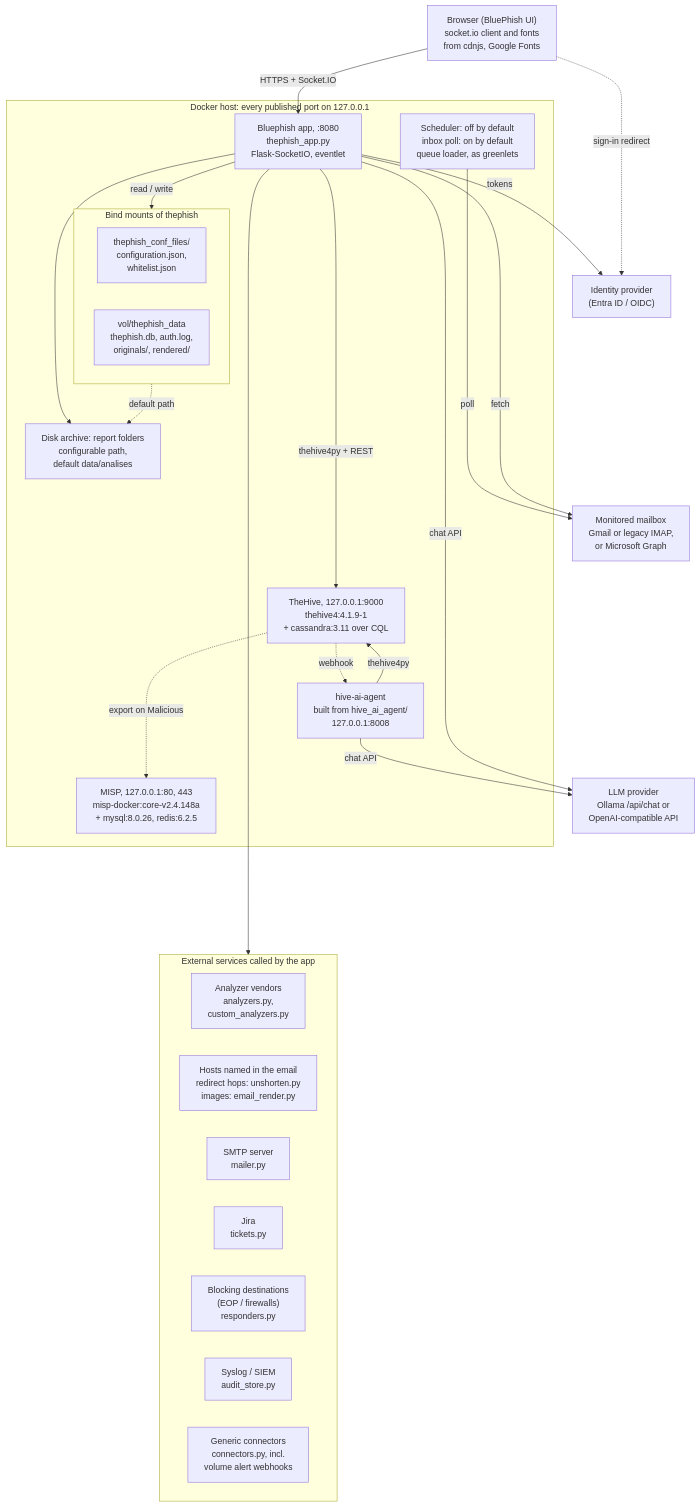
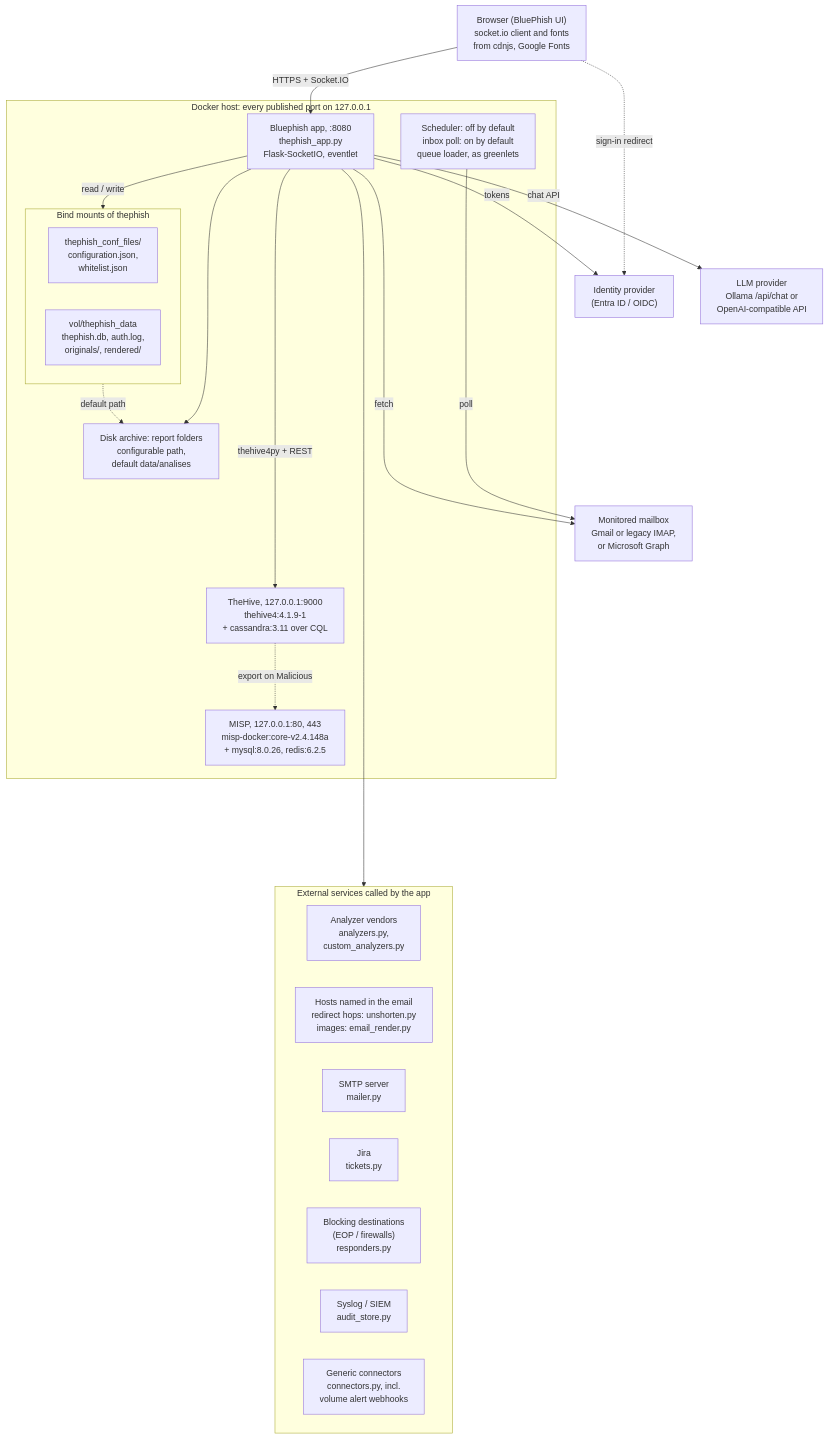
The second of 16 diagrams in diagrams.md (zalvs/Bluephish), drawn with Mermaid before and after one commit. The commit also changed other lines of this file and 41 other files, not shown here.

Commit message:
docs: documentação em português por padrão, inglês opt-in; remove Hive AI Agent; adiciona dúvidas gerais

````diff
--- a/diagrams.md
+++ b/diagrams.md
@@ -153,46 +153,42 @@
 ```mermaid
 flowchart TD
     U["Browser (BluePhish UI)<br/>socket.io client and fonts<br/>from cdnjs, Google Fonts"]
     IDP["Identity provider<br/>(Entra ID / OIDC)"]
     subgraph HOST["Docker host: every published port on 127.0.0.1"]
         TP["Bluephish app, :8080<br/>thephish_app.py<br/>Flask-SocketIO, eventlet"]
         SCH["Scheduler: off by default<br/>inbox poll: on by default<br/>queue loader, as greenlets"]
         subgraph MOUNTS["Bind mounts of thephish"]
             direction LR
             CONF["thephish_conf_files/<br/>configuration.json,<br/>whitelist.json"]
             DATA["vol/thephish_data<br/>thephish.db, auth.log,<br/>originals/, rendered/"]
         end
         DISK["Disk archive: report folders<br/>configurable path,<br/>default data/analises"]
         THEHIVE["TheHive, 127.0.0.1:9000<br/>thehive4:4.1.9-1<br/>+ cassandra:3.11 over CQL"]
-        AGENT["hive-ai-agent<br/>built from hive_ai_agent/<br/>127.0.0.1:8008"]
         MISP["MISP, 127.0.0.1:80, 443<br/>misp-docker:core-v2.4.148a<br/>+ mysql:8.0.26, redis:6.2.5"]
     end
     MBX["Monitored mailbox<br/>Gmail or legacy IMAP,<br/>or Microsoft Graph"]
     LLM["LLM provider<br/>Ollama /api/chat or<br/>OpenAI-compatible API"]
     subgraph OUTG["External services called by the app"]
         direction LR
         VEND["Analyzer vendors<br/>analyzers.py,<br/>custom_analyzers.py"]
         WEB["Hosts named in the email<br/>redirect hops: unshorten.py<br/>images: email_render.py"]
         SMTP["SMTP server<br/>mailer.py"]
         JIRA["Jira<br/>tickets.py"]
         BLOCK["Blocking destinations<br/>(EOP / firewalls)<br/>responders.py"]
         SYS["Syslog / SIEM<br/>audit_store.py"]
         CONN["Generic connectors<br/>connectors.py, incl.<br/>volume alert webhooks"]
     end
 
     U -->|"HTTPS + Socket.IO"| TP
     U -.->|"sign-in redirect"| IDP
     TP -->|"tokens"| IDP
     TP -->|"read / write"| MOUNTS
     MOUNTS -.->|"default path"| DISK
     TP --> DISK
     SCH ---->|"poll"| MBX
     TP ---->|"fetch"| MBX
     TP ----->|"thehive4py + REST"| THEHIVE
-    THEHIVE -.->|"webhook"| AGENT
-    AGENT -->|"thehive4py"| THEHIVE
     THEHIVE -..->|"export on Malicious"| MISP
-    AGENT -->|"chat API"| LLM
     TP -->|"chat API"| LLM
     TP -----------> OUTG
 ```
````
